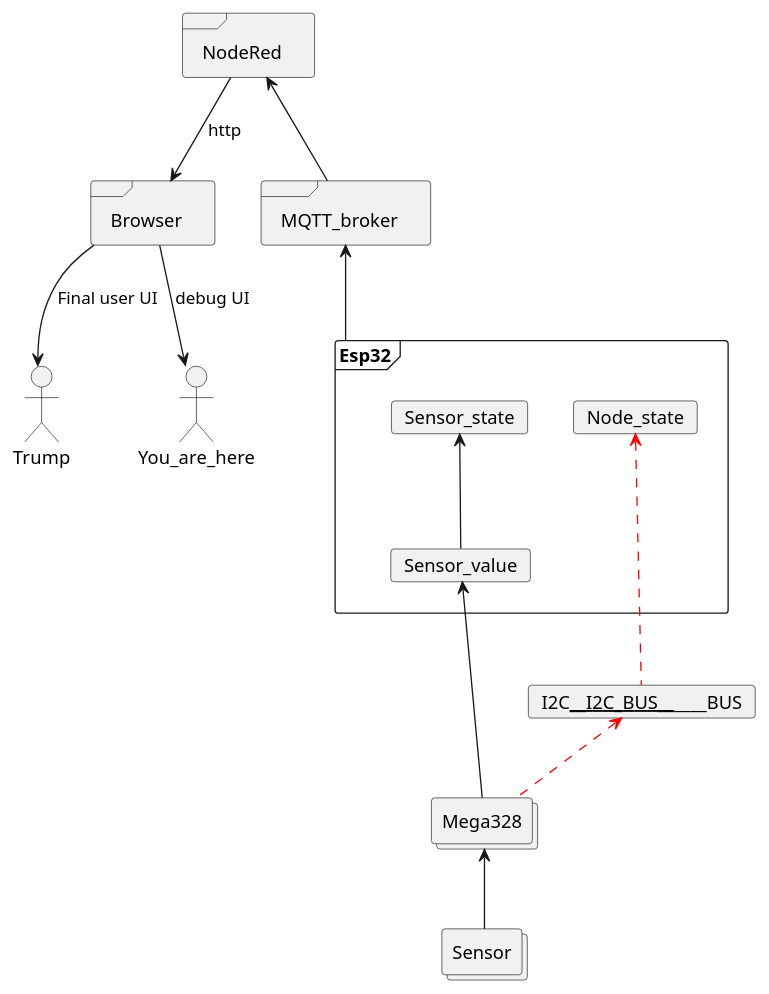
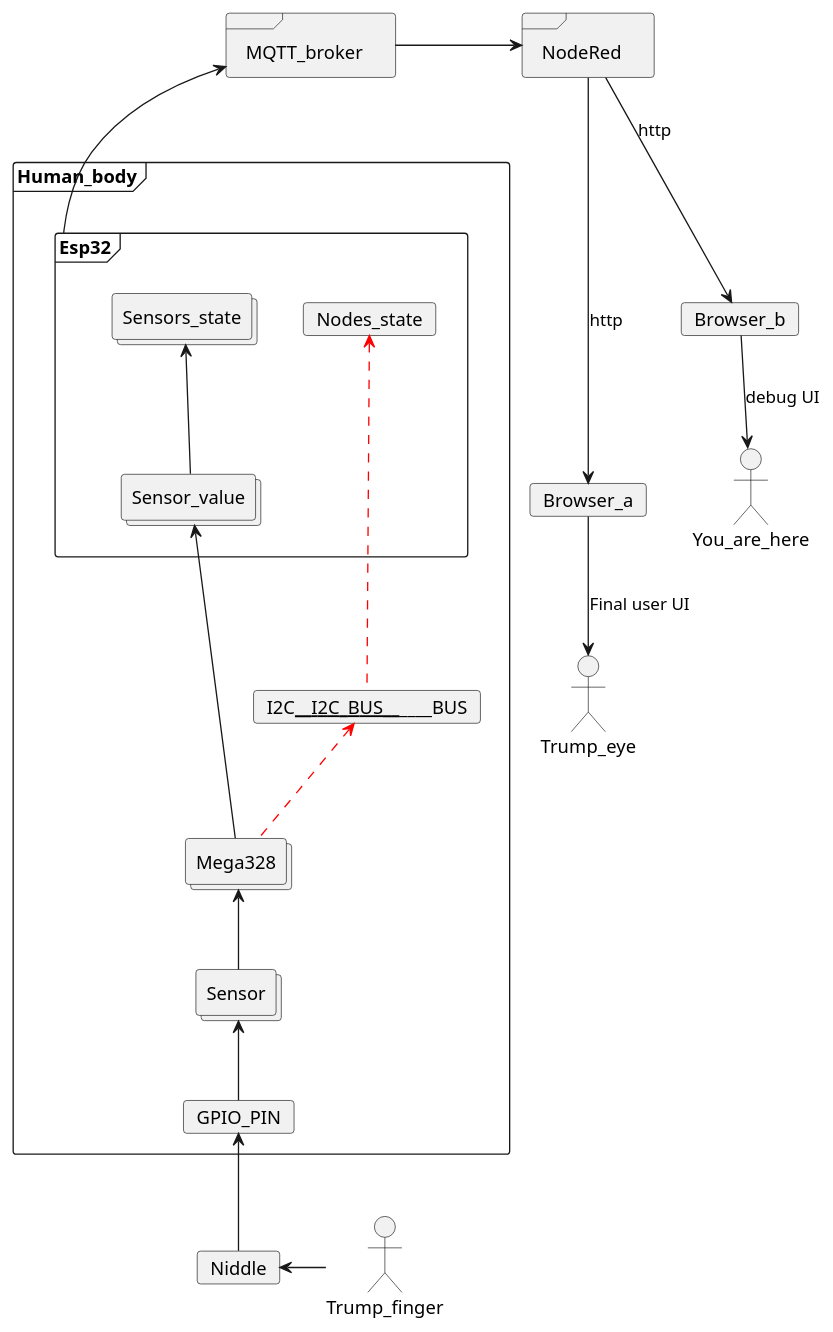
One commit to voicevon/gobot_front changed the diagram in esp32_arm/src/MyApps/iot/acupuncture_2023/docs/architacture.puml. Above: the diagram before and after it, drawn with PlantUML. The commit also changed 5 other files, not shown here.

```diff
--- a/esp32_arm/src/MyApps/iot/acupuncture_2023/docs/architacture.puml
+++ b/esp32_arm/src/MyApps/iot/acupuncture_2023/docs/architacture.puml
@@ -1,35 +1,45 @@
 @startuml
 allowmixing
 
 frame NodeRed
-frame Browser
-NodeRed --> Browser : http
-actor Trump
+card Browser_a
+card Browser_b
+NodeRed ---> Browser_a : http
+NodeRed --> Browser_b : http
+    actor Trump_finger
+    actor Trump_eye
+    Browser_a --> Trump_eye : Final user UI
+
 actor You_are_here
-Browser --> Trump : Final user UI
-Browser --> You_are_here : debug UI
+    
+
+Browser_b --> You_are_here : debug UI
 
 frame MQTT_broker
-NodeRed <-- MQTT_broker
-
-frame Esp32{
-    card Node_state
-    card Sensor_state
-    card Sensor_value
-    Sensor_state <-- Sensor_value
-}
-MQTT_broker <-- Esp32
-card  I2C____________I2C_BUS________________BUS
-
-collections Mega328
-collections Sensor
-
-Node_state <-[#red,dashed]-- I2C____________I2C_BUS________________BUS
-
-I2C____________I2C_BUS________________BUS <-[#red,dashed]- Mega328
-Sensor_value <-- Mega328
-Mega328 <-- Sensor
+MQTT_broker -> NodeRed
 
 
+frame Human_body{
+    frame Esp32{
+        card Nodes_state
+        collections Sensors_state
+        collections Sensor_value
+        Sensors_state <-- Sensor_value
+    }
+    MQTT_broker <-- Esp32
+    card  I2C____________I2C_BUS________________BUS
+
+    collections Mega328
+    collections Sensor
+    Nodes_state <-[#red,dashed]-- I2C____________I2C_BUS________________BUS
+    I2C____________I2C_BUS________________BUS <-[#red,dashed]- Mega328
+    Sensor_value <-- Mega328
+    Mega328 <-- Sensor
+    card GPIO_PIN
+    Sensor <-- GPIO_PIN
+}
+card Niddle
+GPIO_PIN <-- Niddle
+Niddle <- Trump_finger
 
 @enduml
```
